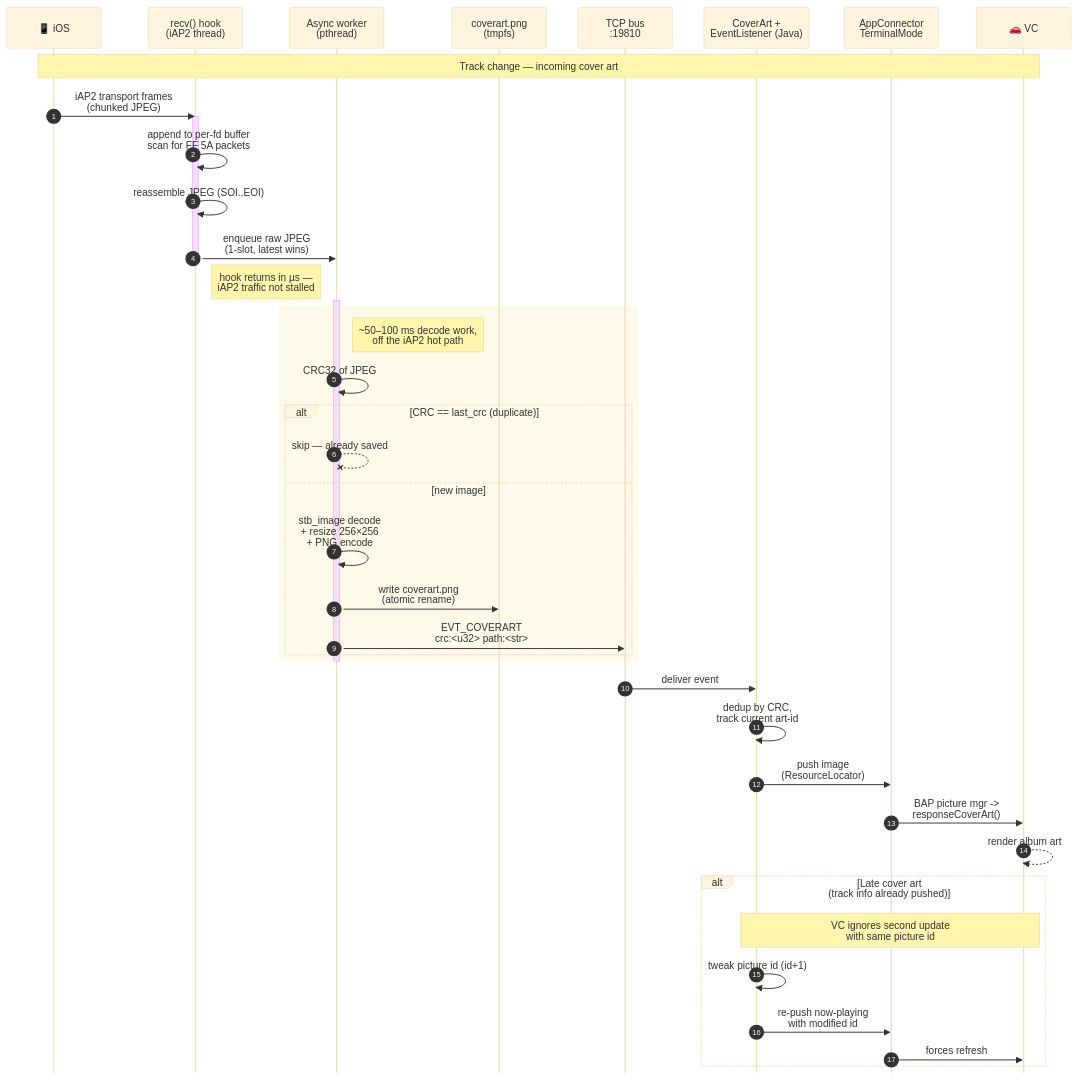
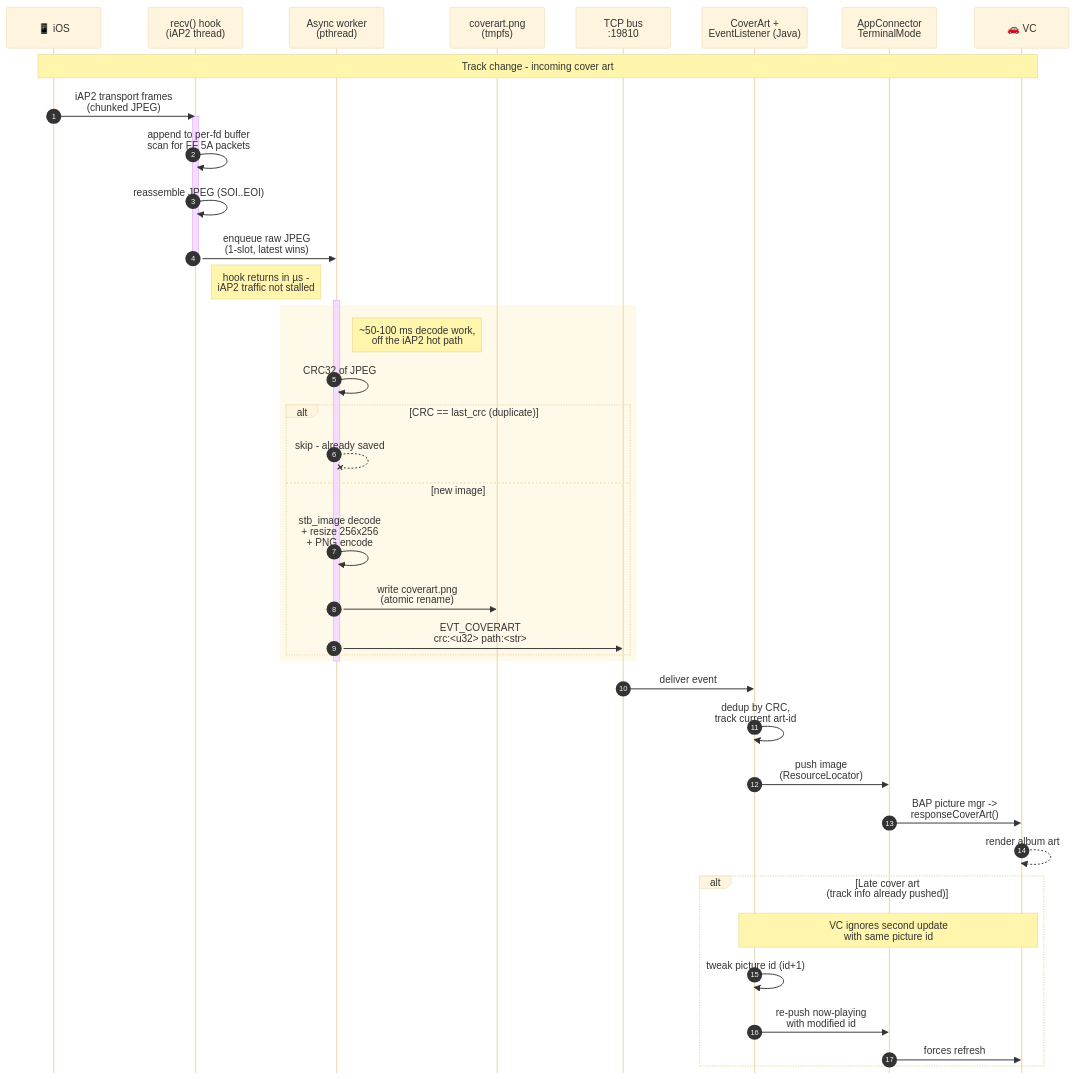
Before and after one commit to luka-dev/mib2q-carplay-rgi: the fifth of 9 diagrams in README.md, drawn with Mermaid (base theme). The commit also changed other lines of this file and 4 other files, not shown here.

````diff
--- a/README.md
+++ b/README.md
@@ -357,49 +356,49 @@
 ```mermaid
 %%{init: {'sequence': {'mirrorActors': false, 'showSequenceNumbers': true}}}%%
 sequenceDiagram
     participant iOS as 📱 iOS
     participant recv as recv() hook<br/>(iAP2 thread)
     participant worker as Async worker<br/>(pthread)
     participant fs as coverart.png<br/>(tmpfs)
     participant bus as TCP bus<br/>:19810
     participant java as CoverArt +<br/>EventListener (Java)
     participant bap as AppConnector<br/>TerminalMode
     participant VC as 🚗 VC
 
-    Note over iOS,VC: Track change — incoming cover art
+    Note over iOS,VC: Track change - incoming cover art
 
     iOS->>recv: iAP2 transport frames<br/>(chunked JPEG)
     activate recv
     recv->>recv: append to per-fd buffer<br/>scan for FF 5A packets
     recv->>recv: reassemble JPEG (SOI..EOI)
     recv->>worker: enqueue raw JPEG<br/>(1-slot, latest wins)
     deactivate recv
-    Note right of recv: hook returns in µs —<br/>iAP2 traffic not stalled
+    Note right of recv: hook returns in µs -<br/>iAP2 traffic not stalled
 
     activate worker
     rect rgba(255, 240, 200, 0.4)
-        Note right of worker: ~50–100 ms decode work,<br/>off the iAP2 hot path
+        Note right of worker: ~50-100 ms decode work,<br/>off the iAP2 hot path
         worker->>worker: CRC32 of JPEG
         alt CRC == last_crc (duplicate)
-            worker--xworker: skip — already saved
+            worker--xworker: skip - already saved
         else new image
-            worker->>worker: stb_image decode<br/>+ resize 256×256<br/>+ PNG encode
+            worker->>worker: stb_image decode<br/>+ resize 256x256<br/>+ PNG encode
             worker->>fs: write coverart.png<br/>(atomic rename)
             worker->>bus: EVT_COVERART<br/>crc:<u32> path:<str>
         end
     end
     deactivate worker
 
     bus->>java: deliver event
     java->>java: dedup by CRC,<br/>track current art-id
     java->>bap: push image<br/>(ResourceLocator)
     bap->>VC: BAP picture mgr -><br/>responseCoverArt()
     VC-->>VC: render album art
 
     alt Late cover art<br/>(track info already pushed)
         Note over java,VC: VC ignores second update<br/>with same picture id
         java->>java: tweak picture id (id+1)
         java->>bap: re-push now-playing<br/>with modified id
         bap->>VC: forces refresh
     end
 ```
````
